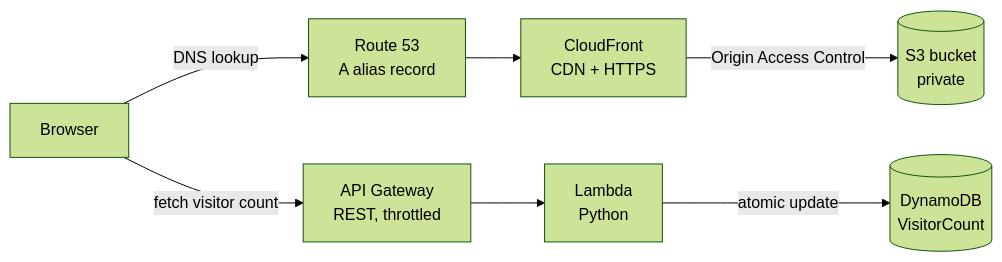
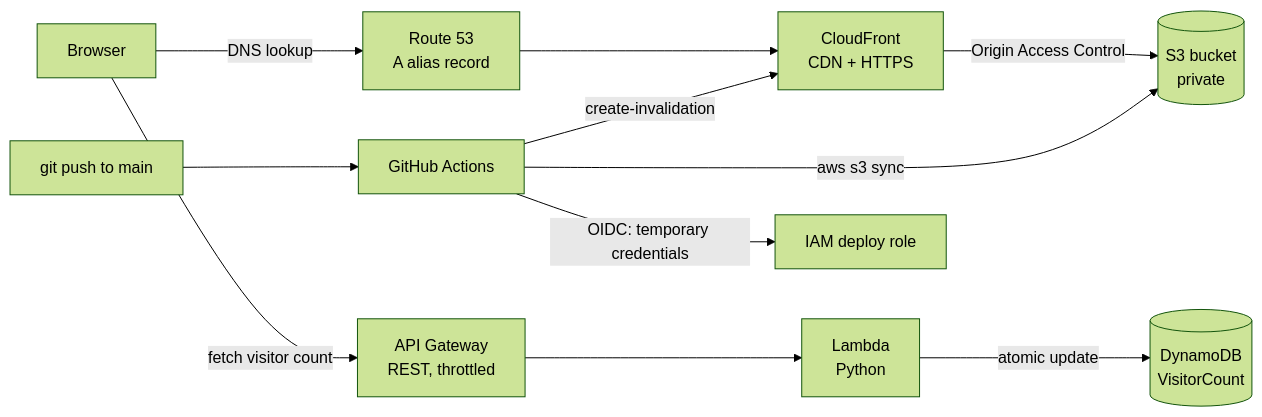
One commit to mauricio-delhoyo/Cloud-Resume-Challenge changed the diagram in README.md. Above: the diagram before and after it, drawn with Mermaid (forest theme). The commit also changed other lines of this file, not shown here.

````diff
--- a/README.md
+++ b/README.md
@@ -15,10 +29,15 @@
 ```mermaid
 flowchart LR
     U[Browser] -->|DNS lookup| R53[Route 53<br/>A alias record]
     R53 --> CF[CloudFront<br/>CDN + HTTPS]
     CF -->|Origin Access Control| S3[(S3 bucket<br/>private)]
 
     U -->|fetch visitor count| APIGW[API Gateway<br/>REST, throttled]
     APIGW --> L[Lambda<br/>Python]
     L -->|atomic update| DDB[(DynamoDB<br/>VisitorCount)]
+
+    GH[git push to main] --> GA[GitHub Actions]
+    GA -->|OIDC: temporary credentials| IAM[IAM deploy role]
+    GA -->|aws s3 sync| S3
+    GA -->|create-invalidation| CF
 ```
````
